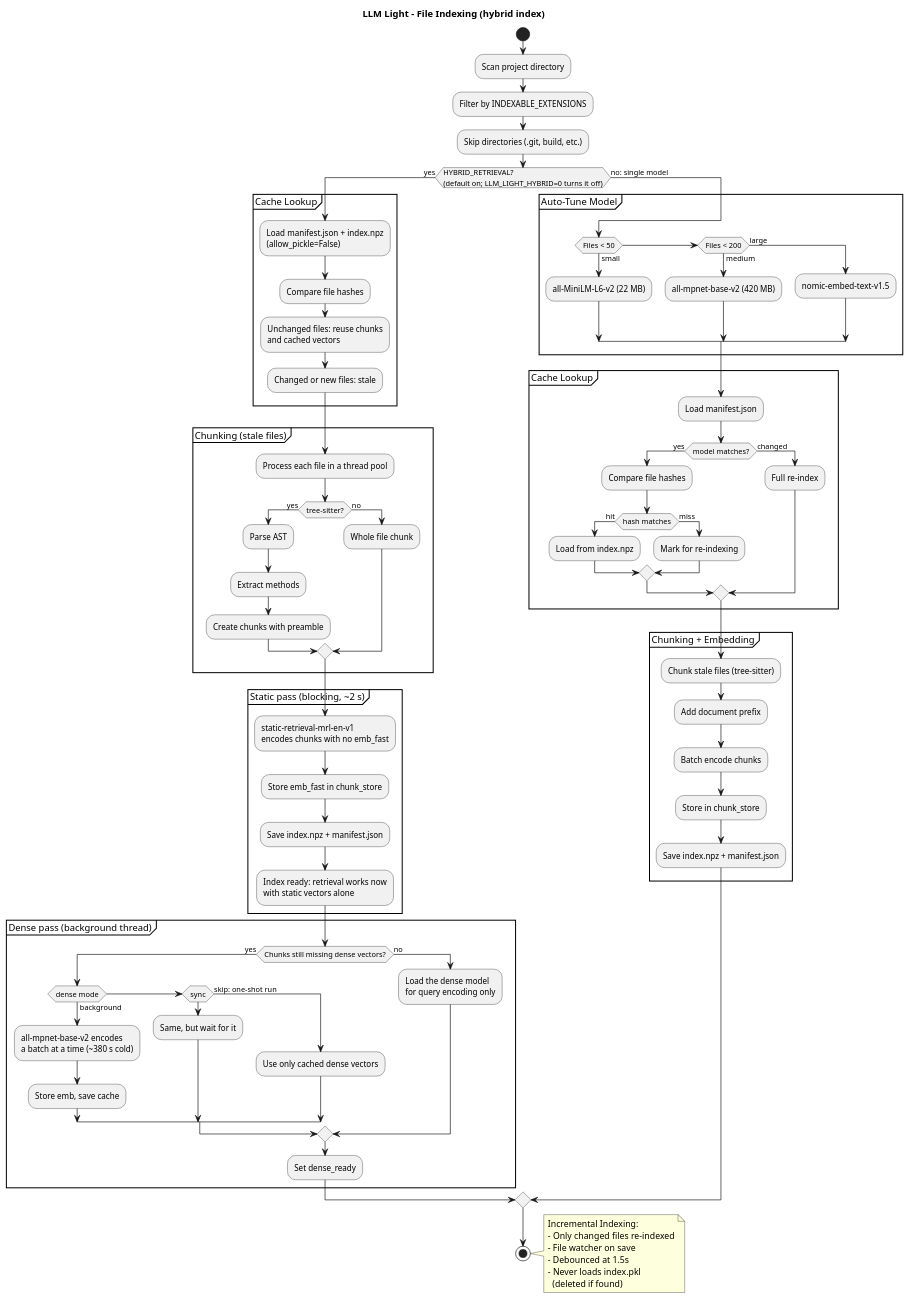
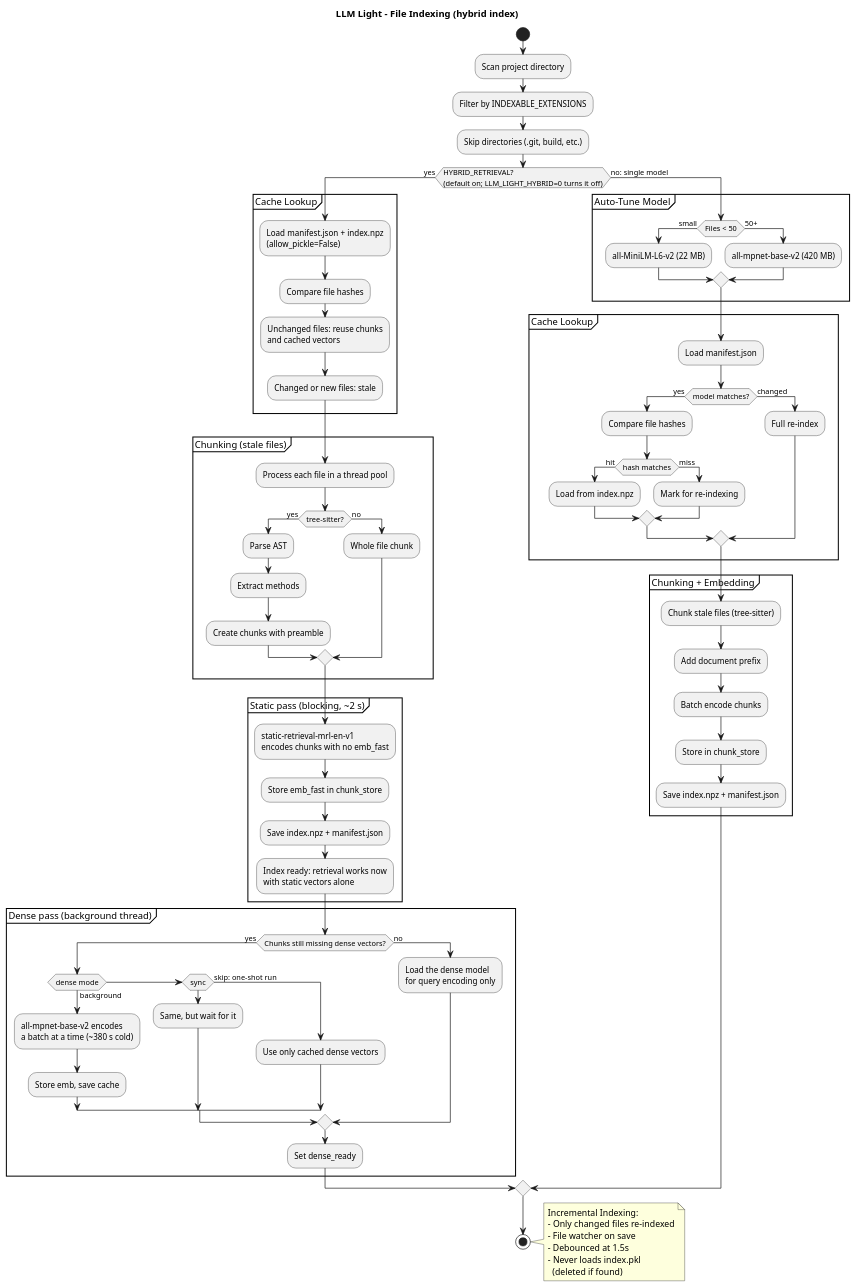
Before and after one commit to PIsberg/llm-light: the diagram in docs/plantuml/indexing_flow.puml, drawn with PlantUML. The commit also changed 9 other files, not shown here.

```diff
--- a/docs/plantuml/indexing_flow.puml
+++ b/docs/plantuml/indexing_flow.puml
@@ -1,100 +1,98 @@
 @startuml LLM_Light_Indexing_Flow
 title LLM Light - File Indexing (hybrid index)
 
 start
 
 :Scan project directory;
 :Filter by INDEXABLE_EXTENSIONS;
 :Skip directories (.git, build, etc.);
 
 if (HYBRID_RETRIEVAL?\n(default on; LLM_LIGHT_HYBRID=0 turns it off)) then (yes)
 
   partition "Cache Lookup" {
     :Load manifest.json + index.npz\n(allow_pickle=False);
     :Compare file hashes;
     :Unchanged files: reuse chunks\nand cached vectors;
     :Changed or new files: stale;
   }
 
   partition "Chunking (stale files)" {
     :Process each file in a thread pool;
     if (tree-sitter?) then (yes)
       :Parse AST;
       :Extract methods;
       :Create chunks with preamble;
     else (no)
       :Whole file chunk;
     endif
   }
 
   partition "Static pass (blocking, ~2 s)" {
     :static-retrieval-mrl-en-v1\nencodes chunks with no emb_fast;
     :Store emb_fast in chunk_store;
     :Save index.npz + manifest.json;
     :Index ready: retrieval works now\nwith static vectors alone;
   }
 
   partition "Dense pass (background thread)" {
     if (Chunks still missing dense vectors?) then (yes)
       if (dense mode) then (background)
         :all-mpnet-base-v2 encodes\na batch at a time (~380 s cold);
         :Store emb, save cache;
       elseif (sync) then
         :Same, but wait for it;
       else (skip: one-shot run)
         :Use only cached dense vectors;
       endif
     else (no)
       :Load the dense model\nfor query encoding only;
     endif
     :Set dense_ready;
   }
 
 else (no: single model)
 
   partition "Auto-Tune Model" {
     if (Files < 50) then (small)
       :all-MiniLM-L6-v2 (22 MB);
-    elseif (Files < 200) then (medium)
+    else (50+)
       :all-mpnet-base-v2 (420 MB);
-    else (large)
-      :nomic-embed-text-v1.5;
     endif
   }
 
   partition "Cache Lookup" {
     :Load manifest.json;
     if (model matches?) then (yes)
       :Compare file hashes;
       if (hash matches) then (hit)
         :Load from index.npz;
       else (miss)
         :Mark for re-indexing;
       endif
     else (changed)
       :Full re-index;
     endif
   }
 
   partition "Chunking + Embedding" {
     :Chunk stale files (tree-sitter);
     :Add document prefix;
     :Batch encode chunks;
     :Store in chunk_store;
     :Save index.npz + manifest.json;
   }
 
 endif
 
 stop
 
 note right
   Incremental Indexing:
   - Only changed files re-indexed
   - File watcher on save
   - Debounced at 1.5s
   - Never loads index.pkl
     (deleted if found)
 end note
 
 @enduml
```
